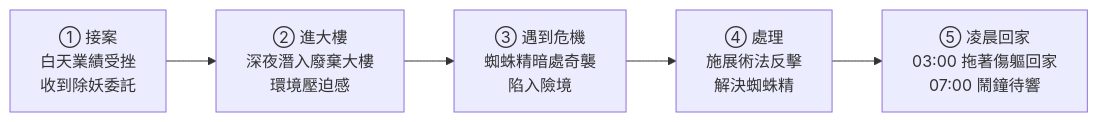
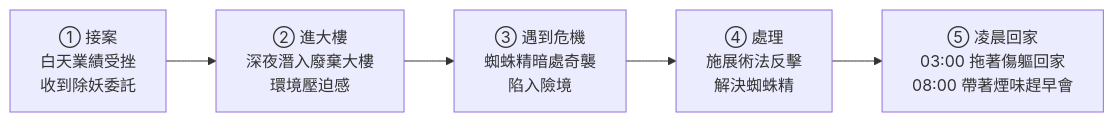
One commit to wuharry/urban-exorcist-chronicles changed the diagram in 章節/01-蜘蛛精/小說.md. Above: the diagram before and after it, drawn with Mermaid. The commit also changed other lines of this file and 65 other files, not shown here.

````diff
--- a/章節/01-蜘蛛精/小說.md
+++ b/章節/01-蜘蛛精/小說.md
@@ -5,7 +5,7 @@
 ```mermaid
 flowchart LR
     B1["① 接案<br/>白天業績受挫<br/>收到除妖委託"] --> B2["② 進大樓<br/>深夜潛入廢棄大樓<br/>環境壓迫感"]
     B2 --> B3["③ 遇到危機<br/>蜘蛛精暗處奇襲<br/>陷入險境"]
     B3 --> B4["④ 處理<br/>施展術法反擊<br/>解決蜘蛛精"]
-    B4 --> B5["⑤ 凌晨回家<br/>03:00 拖著傷軀回家<br/>07:00 鬧鐘待響"]
+    B4 --> B5["⑤ 凌晨回家<br/>03:00 拖著傷軀回家<br/>08:00 帶著煙味趕早會"]
 ```
````
